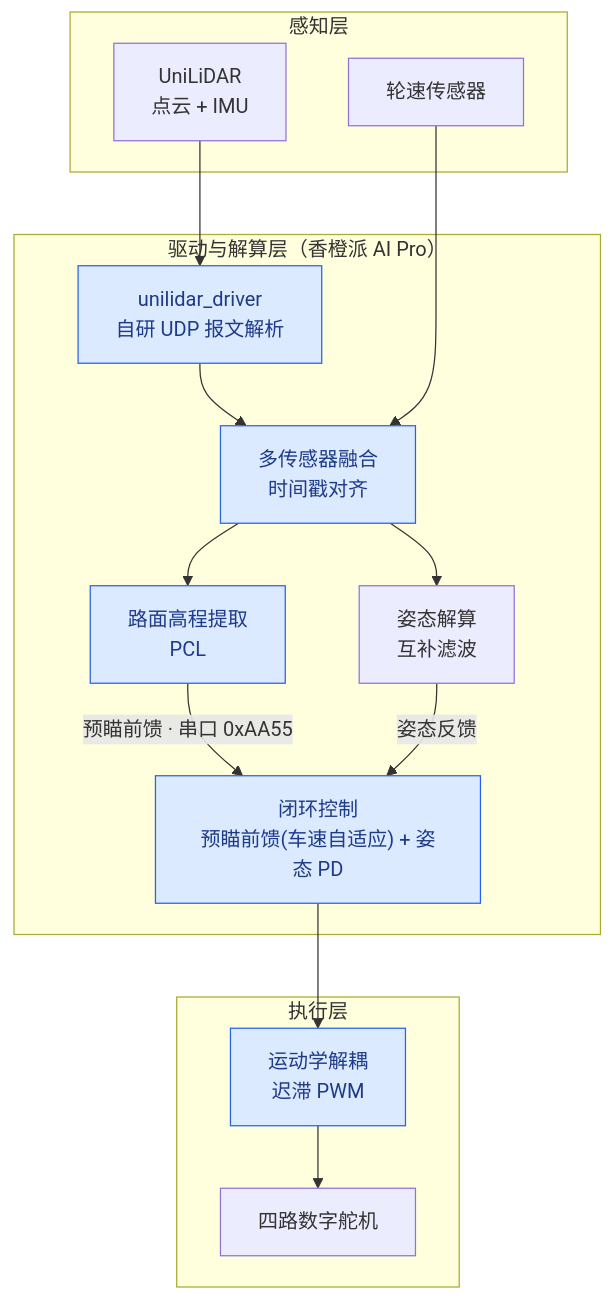
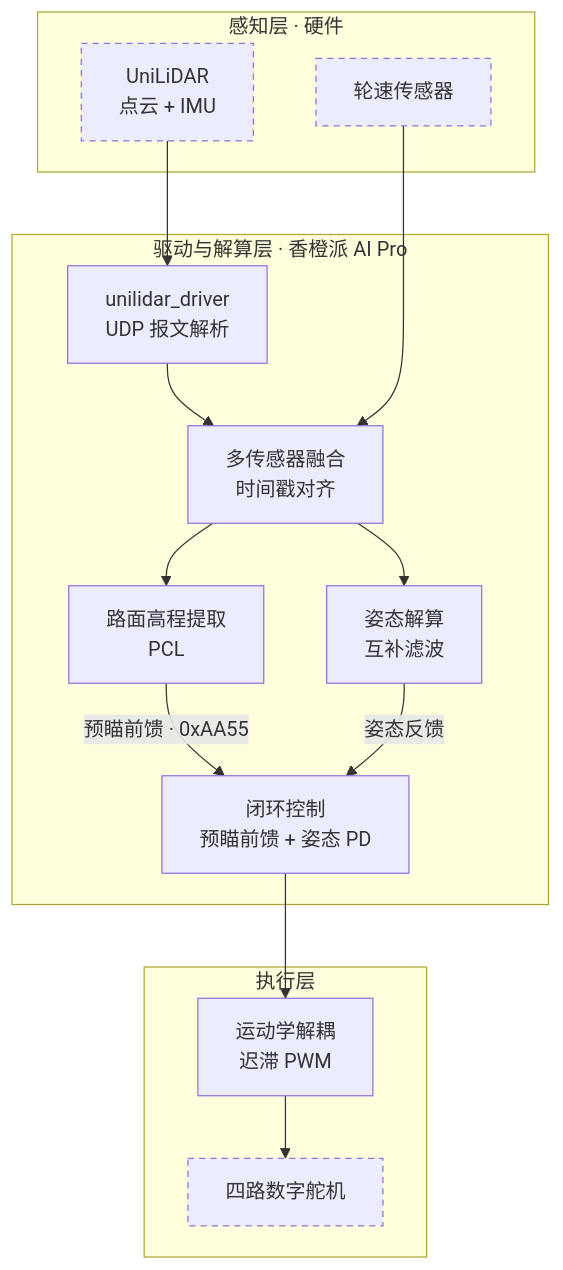
Before and after one commit to qi-neo/active-suspension-lidar-preview: the first of 4 diagrams in README.md, drawn with Mermaid. The commit also changed other lines of this file and 1 other file, not shown here.

First line of the commit message:
docs: 重排 README 四张 mermaid 图，适配深色主题

````diff
--- a/README.md
+++ b/README.md
@@ -36,29 +36,28 @@
 ```mermaid
-%%{init: {"fontFamily": "-apple-system, BlinkMacSystemFont, PingFang SC, Helvetica Neue, Microsoft YaHei, sans-serif"}}%%
 flowchart TB
-    subgraph S1["感知层"]
+    subgraph S1["感知层 · 硬件"]
         L["UniLiDAR<br/>点云 + IMU"]
         W["轮速传感器"]
     end
-    subgraph S2["驱动与解算层（香橙派 AI Pro）"]
-        DR["unilidar_driver<br/>自研 UDP 报文解析"]
+    subgraph S2["驱动与解算层 · 香橙派 AI Pro"]
+        DR["unilidar_driver<br/>UDP 报文解析"]
         F["多传感器融合<br/>时间戳对齐"]
         P["路面高程提取<br/>PCL"]
         A["姿态解算<br/>互补滤波"]
-        C["闭环控制<br/>预瞄前馈(车速自适应) + 姿态 PD"]
+        C["闭环控制<br/>预瞄前馈 + 姿态 PD"]
     end
     subgraph S3["执行层"]
         K["运动学解耦<br/>迟滞 PWM"]
         D["四路数字舵机"]
     end
     L --> DR
     DR --> F
     W --> F
     F --> P
     F --> A
-    P -->|预瞄前馈 · 串口 0xAA55| C
+    P -->|预瞄前馈 · 0xAA55| C
     A -->|姿态反馈| C
     C --> K --> D
-    classDef inrepo fill:#dbeafe,stroke:#2563eb,color:#1e3a8a
-    class DR,F,P,C,K inrepo
+    classDef hw stroke-dasharray: 5 4
+    class L,W,D hw
 ```
````
